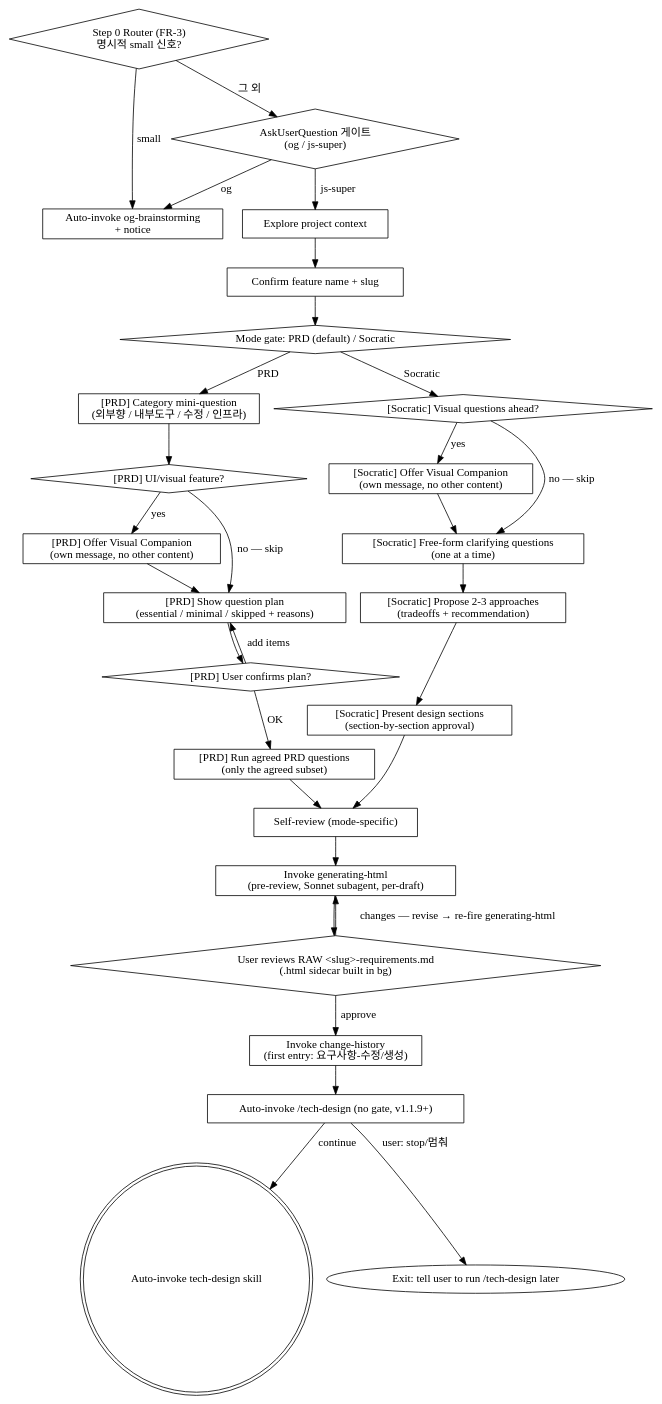
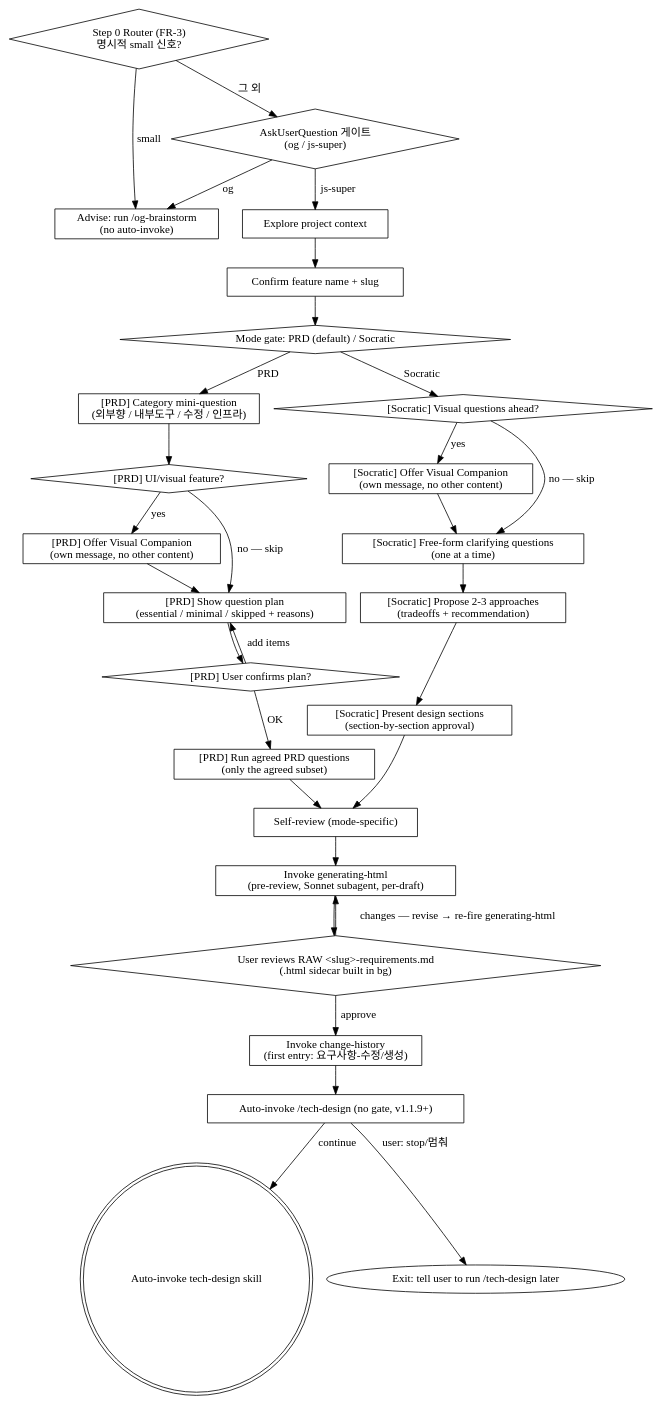
Before and after one commit to LonerStayle/js-super: the diagram in skills/brainstorming/SKILL.md, drawn with Graphviz. The commit also changed other lines of this file and 17 other files, not shown here.

````diff
--- a/skills/brainstorming/SKILL.md
+++ b/skills/brainstorming/SKILL.md
@@ -121,64 +121,64 @@
 ```dot
 digraph brainstorm_flow {
     "Step 0 Router (FR-3)\n명시적 small 신호?" [shape=diamond];
-    "Auto-invoke og-brainstorming\n+ notice" [shape=box];
+    "Advise: run /og-brainstorm\n(no auto-invoke)" [shape=box];
     "AskUserQuestion 게이트\n(og / js-super)" [shape=diamond];
     "Explore project context" [shape=box];
     "Confirm feature name + slug" [shape=box];
     "Mode gate: PRD (default) / Socratic" [shape=diamond];
 
     "[PRD] Category mini-question\n(외부향 / 내부도구 / 수정 / 인프라)" [shape=box];
     "[PRD] UI/visual feature?" [shape=diamond];
     "[PRD] Offer Visual Companion\n(own message, no other content)" [shape=box];
     "[PRD] Show question plan\n(essential / minimal / skipped + reasons)" [shape=box];
     "[PRD] User confirms plan?" [shape=diamond];
     "[PRD] Run agreed PRD questions\n(only the agreed subset)" [shape=box];
 
     "[Socratic] Visual questions ahead?" [shape=diamond];
     "[Socratic] Offer Visual Companion\n(own message, no other content)" [shape=box];
     "[Socratic] Free-form clarifying questions\n(one at a time)" [shape=box];
     "[Socratic] Propose 2-3 approaches\n(tradeoffs + recommendation)" [shape=box];
     "[Socratic] Present design sections\n(section-by-section approval)" [shape=box];
 
     "Self-review (mode-specific)" [shape=box];
     "User reviews RAW <slug>-requirements.md\n(.html sidecar built in bg)" [shape=diamond];
     "Invoke generating-html\n(pre-review, Sonnet subagent, per-draft)" [shape=box];
     "Invoke change-history\n(first entry: 요구사항-수정/생성)" [shape=box];
     "Auto-invoke /tech-design (no gate, v1.1.9+)" [shape=box];
     "Auto-invoke tech-design skill" [shape=doublecircle];
     "Exit: tell user to run /tech-design later" [shape=oval];
 
-    "Step 0 Router (FR-3)\n명시적 small 신호?" -> "Auto-invoke og-brainstorming\n+ notice" [label="small"];
+    "Step 0 Router (FR-3)\n명시적 small 신호?" -> "Advise: run /og-brainstorm\n(no auto-invoke)" [label="small"];
     "Step 0 Router (FR-3)\n명시적 small 신호?" -> "AskUserQuestion 게이트\n(og / js-super)" [label="그 외"];
-    "AskUserQuestion 게이트\n(og / js-super)" -> "Auto-invoke og-brainstorming\n+ notice" [label="og"];
+    "AskUserQuestion 게이트\n(og / js-super)" -> "Advise: run /og-brainstorm\n(no auto-invoke)" [label="og"];
     "AskUserQuestion 게이트\n(og / js-super)" -> "Explore project context" [label="js-super"];
     "Explore project context" -> "Confirm feature name + slug";
     "Confirm feature name + slug" -> "Mode gate: PRD (default) / Socratic";
 
     "Mode gate: PRD (default) / Socratic" -> "[PRD] Category mini-question\n(외부향 / 내부도구 / 수정 / 인프라)" [label="PRD"];
     "[PRD] Category mini-question\n(외부향 / 내부도구 / 수정 / 인프라)" -> "[PRD] UI/visual feature?";
     "[PRD] UI/visual feature?" -> "[PRD] Offer Visual Companion\n(own message, no other content)" [label="yes"];
     "[PRD] UI/visual feature?" -> "[PRD] Show question plan\n(essential / minimal / skipped + reasons)" [label="no — skip"];
     "[PRD] Offer Visual Companion\n(own message, no other content)" -> "[PRD] Show question plan\n(essential / minimal / skipped + reasons)";
     "[PRD] Show question plan\n(essential / minimal / skipped + reasons)" -> "[PRD] User confirms plan?";
     "[PRD] User confirms plan?" -> "[PRD] Show question plan\n(essential / minimal / skipped + reasons)" [label="add items"];
     "[PRD] User confirms plan?" -> "[PRD] Run agreed PRD questions\n(only the agreed subset)" [label="OK"];
     "[PRD] Run agreed PRD questions\n(only the agreed subset)" -> "Self-review (mode-specific)";
 
     "Mode gate: PRD (default) / Socratic" -> "[Socratic] Visual questions ahead?" [label="Socratic"];
     "[Socratic] Visual questions ahead?" -> "[Socratic] Offer Visual Companion\n(own message, no other content)" [label="yes"];
     "[Socratic] Visual questions ahead?" -> "[Socratic] Free-form clarifying questions\n(one at a time)" [label="no — skip"];
     "[Socratic] Offer Visual Companion\n(own message, no other content)" -> "[Socratic] Free-form clarifying questions\n(one at a time)";
     "[Socratic] Free-form clarifying questions\n(one at a time)" -> "[Socratic] Propose 2-3 approaches\n(tradeoffs + recommendation)";
     "[Socratic] Propose 2-3 approaches\n(tradeoffs + recommendation)" -> "[Socratic] Present design sections\n(section-by-section approval)";
     "[Socratic] Present design sections\n(section-by-section approval)" -> "Self-review (mode-specific)";
 
     "Self-review (mode-specific)" -> "Invoke generating-html\n(pre-review, Sonnet subagent, per-draft)";
     "Invoke generating-html\n(pre-review, Sonnet subagent, per-draft)" -> "User reviews RAW <slug>-requirements.md\n(.html sidecar built in bg)";
     "User reviews RAW <slug>-requirements.md\n(.html sidecar built in bg)" -> "Invoke generating-html\n(pre-review, Sonnet subagent, per-draft)" [label="changes — revise → re-fire generating-html"];
     "User reviews RAW <slug>-requirements.md\n(.html sidecar built in bg)" -> "Invoke change-history\n(first entry: 요구사항-수정/생성)" [label="approve"];
     "Invoke change-history\n(first entry: 요구사항-수정/생성)" -> "Auto-invoke /tech-design (no gate, v1.1.9+)";
     "Auto-invoke /tech-design (no gate, v1.1.9+)" -> "Auto-invoke tech-design skill" [label="continue"];
     "Auto-invoke /tech-design (no gate, v1.1.9+)" -> "Exit: tell user to run /tech-design later" [label="user: stop/멈춰"];
 }
 ```
````
